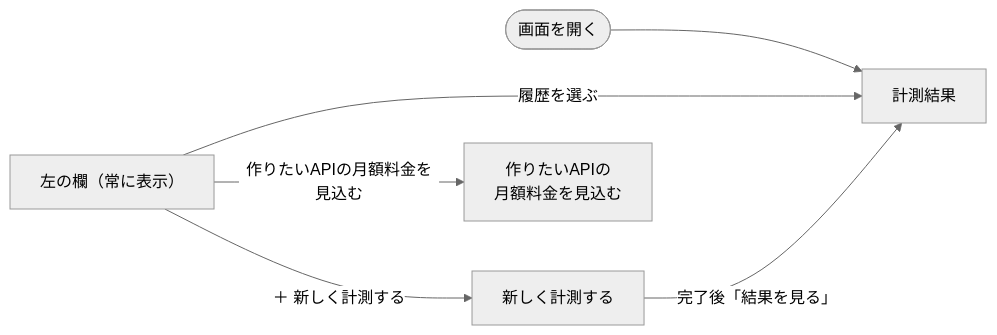
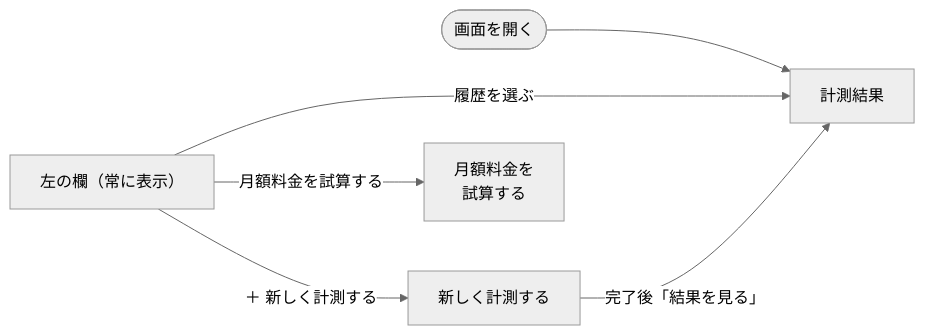
The first of 2 diagrams in docs/09_画面の操作ガイド.md (Equ1N-0-X/lambda-runtime-lab), drawn with Mermaid (neutral theme) before and after one commit. The commit also changed other lines of this file and 11 other files, not shown here.

````diff
--- a/docs/09_画面の操作ガイド.md
+++ b/docs/09_画面の操作ガイド.md
@@ -55,8 +58,8 @@
 ```mermaid
 flowchart LR
   Open(["画面を開く"]) --> Result
   Side["左の欄（常に表示）"] -->|"履歴を選ぶ"| Result["計測結果"]
   Side -->|"＋ 新しく計測する"| Launch["新しく計測する"]
-  Side -->|"作りたいAPIの月額料金を見込む"| Estimate["作りたいAPIの<br/>月額料金を見込む"]
+  Side -->|"月額料金を試算する"| Estimate["月額料金を<br/>試算する"]
   Launch -->|"完了後「結果を見る」"| Result
 ```
````
